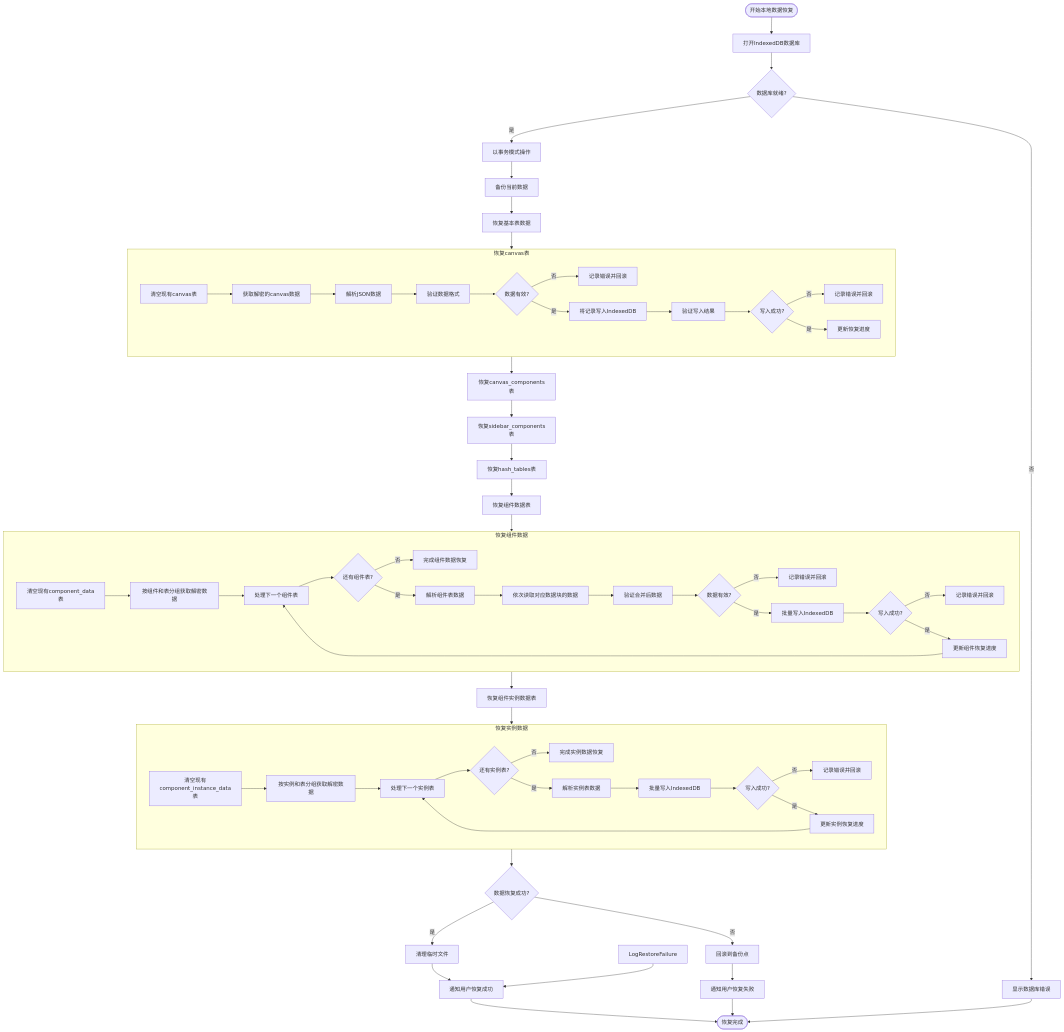
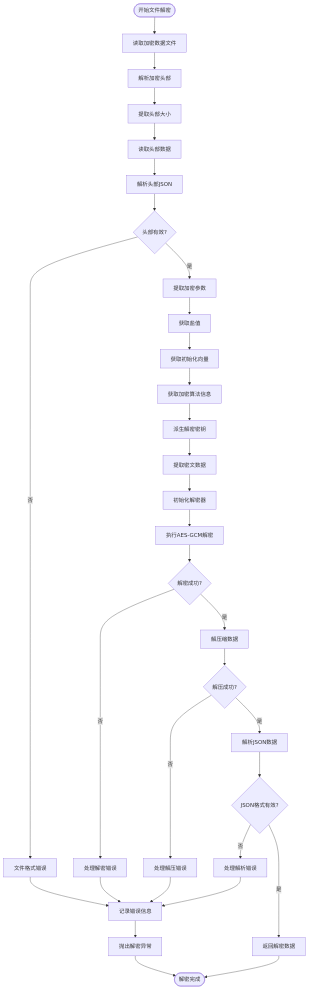
The diagram in all/未命名-53.md (yingjianzh/iodraw-files), drawn with Mermaid before and after one commit.

Commit message:
2025-05-09 17:31:34 update

````diff
--- a/all/未命名-53.md
+++ b/all/未命名-53.md
@@ -1,83 +1,45 @@
 ```mermaid
 flowchart TD
-    Start([开始本地数据恢复]) --> OpenIndexedDB[打开IndexedDB数据库]
-    OpenIndexedDB --> DBReady{数据库就绪?}
+    Start([开始文件解密]) --> ReadFile[读取加密数据文件]
+    ReadFile --> ParseHeader[解析加密头部]
     
-    DBReady -->|否| ShowDBError[显示数据库错误]
-    DBReady -->|是| WithTransaction[以事务模式操作]
+    ParseHeader --> ExtractHeaderSize[提取头部大小]
+    ExtractHeaderSize --> ReadHeaderData[读取头部数据]
+    ReadHeaderData --> ParseHeaderJSON[解析头部JSON]
     
-    WithTransaction --> BackupCurrentData[备份当前数据]
-    BackupCurrentData --> RestoreBasicTables[恢复基本表数据]
+    ParseHeaderJSON --> HeaderValid{头部有效?}
+    HeaderValid -->|否| DecryptionError[文件格式错误]
+    HeaderValid -->|是| ExtractParams[提取加密参数]
     
-    subgraph RestoreCanvasTable [恢复canvas表]
-        RC1[清空现有canvas表] --> RC2[获取解密的canvas数据]
-        RC2 --> RC3[解析JSON数据]
-        RC3 --> RC4[验证数据格式]
-        RC4 --> RC5{数据有效?}
-        RC5 -->|否| RC6[记录错误并回滚]
-        RC5 -->|是| RC7[将记录写入IndexedDB]
-        RC7 --> RC8[验证写入结果]
-        RC8 --> RC9{写入成功?}
-        RC9 -->|否| RC10[记录错误并回滚]
-        RC9 -->|是| RC11[更新恢复进度]
-    end
+    ExtractParams --> GetSalt[获取盐值]
+    GetSalt --> GetIV[获取初始化向量]
+    GetIV --> GetAlgorithm[获取加密算法信息]
     
-    RestoreBasicTables --> RestoreCanvasTable
+    GetAlgorithm --> DeriveKey[派生解密密钥]
+    DeriveKey --> ExtractCiphertext[提取密文数据]
+    ExtractCiphertext --> InitDecryption[初始化解密器]
     
-    RestoreCanvasTable --> RestoreCanvasCompTable[恢复canvas_components表]
-    RestoreCanvasCompTable --> RestoreSidebarCompTable[恢复sidebar_components表]
-    RestoreSidebarCompTable --> RestoreHashTable[恢复hash_tables表]
+    InitDecryption --> PerformDecryption[执行AES-GCM解密]
+    PerformDecryption --> DecryptionSuccess{解密成功?}
     
-    RestoreHashTable --> RestoreComponentData[恢复组件数据表]
+    DecryptionSuccess -->|否| HandleDecryptError[处理解密错误]
+    DecryptionSuccess -->|是| DecompressData[解压缩数据]
     
-    subgraph RestoreCompData [恢复组件数据]
-        RCD1[清空现有component_data表] --> RCD2[按组件和表分组获取解密数据]
-        RCD2 --> RCD3[处理下一个组件表]
-        RCD3 --> RCD4{还有组件表?}
-        RCD4 -->|否| RCD14[完成组件数据恢复]
-        RCD4 -->|是| RCD5[解析组件表数据]
-        RCD5 --> RCD6[依次读取对应数据块的数据]
-        RCD6 --> RCD7[验证合并后数据]
-        RCD7 --> RCD8{数据有效?}
-        RCD8 -->|否| RCD9[记录错误并回滚]
-        RCD8 -->|是| RCD10[批量写入IndexedDB]
-        RCD10 --> RCD11{写入成功?}
-        RCD11 -->|否| RCD12[记录错误并回滚]
-        RCD11 -->|是| RCD13[更新组件恢复进度]
-        RCD13 --> RCD3
-    end
+    DecompressData --> DecompressionSuccess{解压成功?}
+    DecompressionSuccess -->|否| HandleDecompressError[处理解压错误]
+    DecompressionSuccess -->|是| ParseJSON[解析JSON数据]
     
-    RestoreComponentData --> RestoreCompData
+    ParseJSON --> JSONValid{JSON格式有效?}
+    JSONValid -->|否| HandleParseError[处理解析错误]
+    JSONValid -->|是| ReturnDecryptedData[返回解密数据]
     
-    RestoreCompData --> RestoreInstanceData[恢复组件实例数据表]
+    ReturnDecryptedData --> End([解密完成])
     
-    subgraph RestoreInstData [恢复实例数据]
-        RID1[清空现有component_instance_data表] --> RID2[按实例和表分组获取解密数据]
-        RID2 --> RID3[处理下一个实例表]
-        RID3 --> RID4{还有实例表?}
-        RID4 -->|否| RID14[完成实例数据恢复]
-        RID4 -->|是| RID5[解析实例表数据]
-        RID5 --> RID10[批量写入IndexedDB]
-        RID10 --> RID11{写入成功?}
-        RID11 -->|否| RID12[记录错误并回滚]
-        RID11 -->|是| RID13[更新实例恢复进度]
-        RID13 --> RID3
-    end
+    DecryptionError --> LogError[记录错误信息]
+    HandleDecryptError --> LogError
+    HandleDecompressError --> LogError
+    HandleParseError --> LogError
     
-    RestoreInstanceData --> RestoreInstData
-    
-    RestoreInstData --> AllDataValid{数据恢复成功?}
-    
-    AllDataValid -->|是| CleanupTemp[清理临时文件]
-    AllDataValid -->|否| RollbackToBackup[回滚到备份点]
-    
-     
-    RollbackToBackup --> NotifyFailure[通知用户恢复失败]
-    
-    CleanupTemp --> NotifySuccess[通知用户恢复成功]
-    LogRestoreFailure --> 
-    
-    NotifySuccess --> End([恢复完成])
-    NotifyFailure --> End
-    ShowDBError --> End
+    LogError --> ThrowException[抛出解密异常]
+    ThrowException --> End
 ```
````
